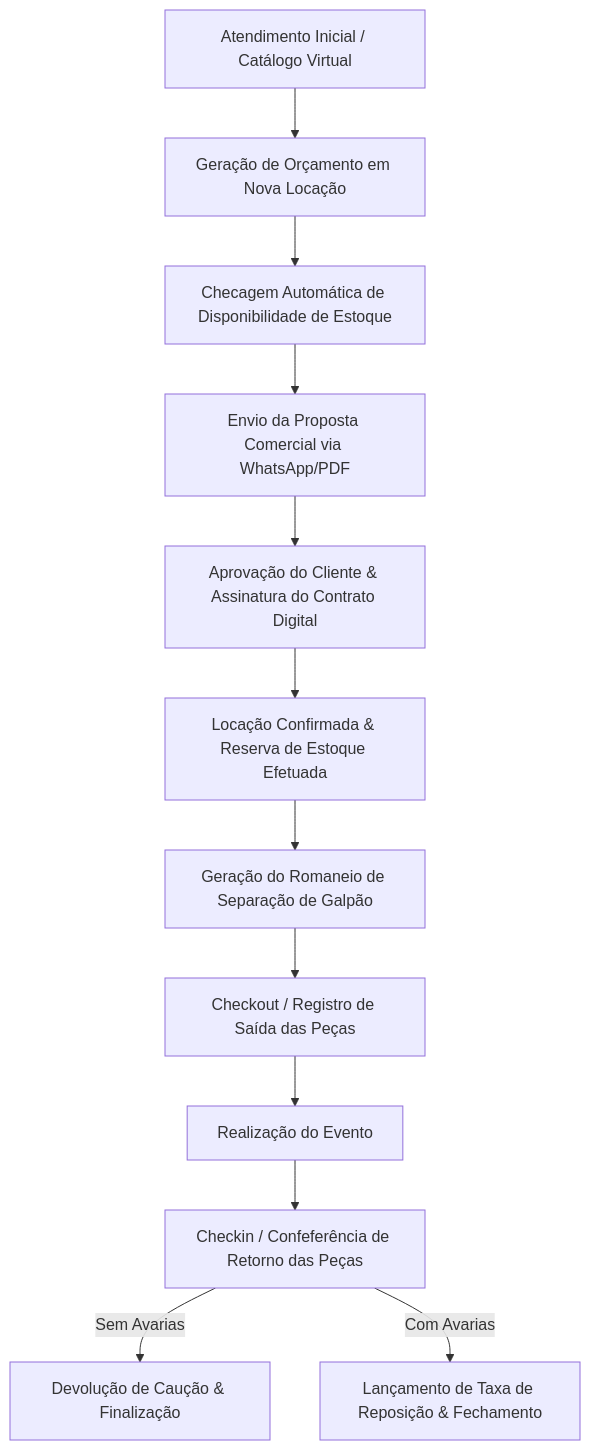
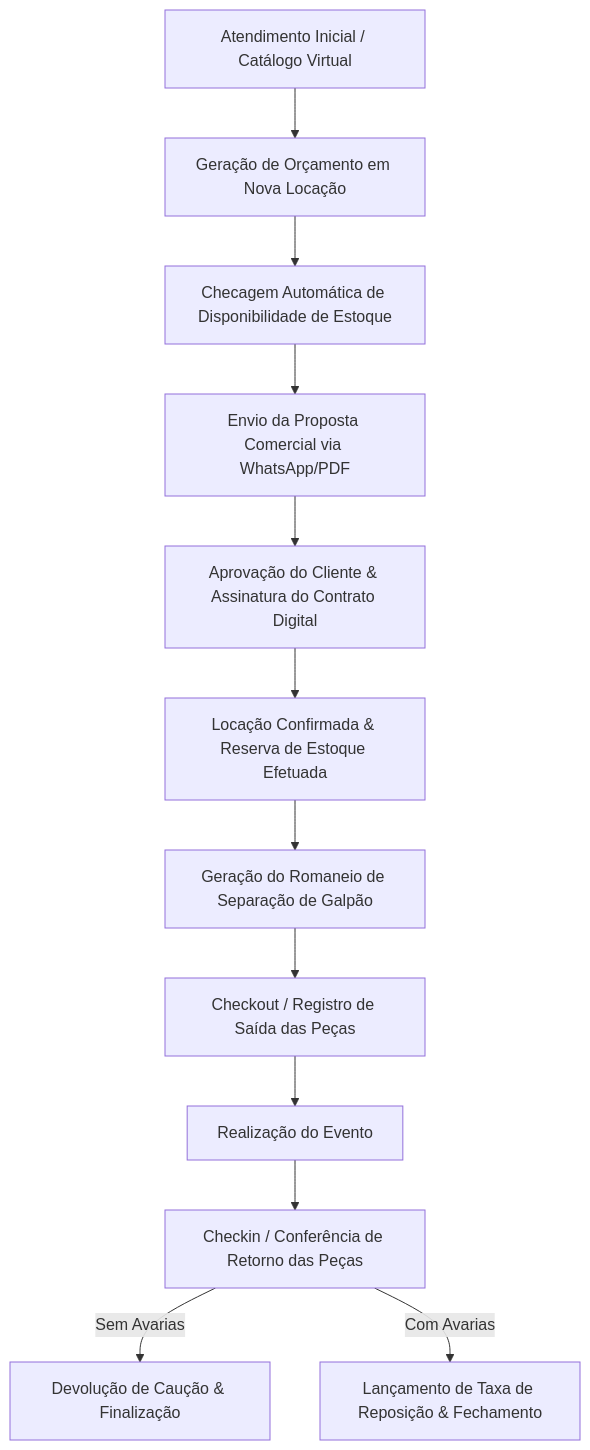
The diagram in resumo.md (celebrefesta/CELEBRE02), drawn with Mermaid before and after one commit. The commit also changed other lines of this file and 14 other files, not shown here.

````diff
--- a/resumo.md
+++ b/resumo.md
@@ -318,14 +241,14 @@
 ```mermaid
 graph TD
     A[Atendimento Inicial / Catálogo Virtual] --> B[Geração de Orçamento em Nova Locação]
     B --> C[Checagem Automática de Disponibilidade de Estoque]
     C --> D[Envio da Proposta Comercial via WhatsApp/PDF]
     D --> E[Aprovação do Cliente & Assinatura do Contrato Digital]
     E --> F[Locação Confirmada & Reserva de Estoque Efetuada]
     F --> G[Geração do Romaneio de Separação de Galpão]
     G --> H[Checkout / Registro de Saída das Peças]
     H --> I[Realização do Evento]
-    I --> J[Checkin / Confeferência de Retorno das Peças]
+    I --> J[Checkin / Conferência de Retorno das Peças]
     J -->|Sem Avarias| K[Devolução de Caução & Finalização]
     J -->|Com Avarias| L[Lançamento de Taxa de Reposição & Fechamento]
 ```
````
